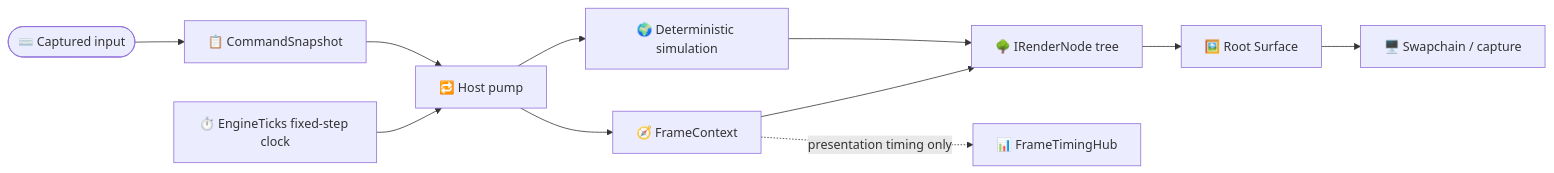
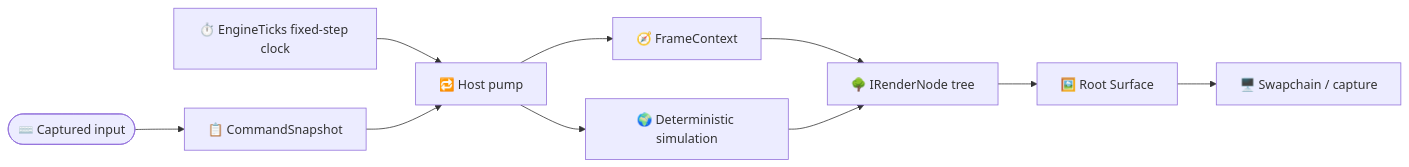
The diagram in docs/reference/hosting.md (ByteTerrace/Puck), drawn with Mermaid before and after one commit. The commit also changed other lines of this file and 4567 other files, not shown here.

````diff
--- a/docs/reference/hosting.md
+++ b/docs/reference/hosting.md
@@ -45,13 +45,12 @@
 ```mermaid
 graph LR
     Input(["⌨️ Captured input"]) --> Commands["📋 CommandSnapshot"]
     Clock["⏱️ EngineTicks fixed-step clock"] --> Pump["🔁 Host pump"]
     Commands --> Pump
     Pump --> Simulation["🌍 Deterministic simulation"]
     Pump --> Context["🧭 FrameContext"]
     Context --> Tree["🌳 IRenderNode tree"]
     Simulation --> Tree
     Tree --> Surface["🖼️ Root Surface"]
     Surface --> Present["🖥️ Swapchain / capture"]
-    Context -. "presentation timing only" .-> Timing["📊 FrameTimingHub"]
 ```
````
